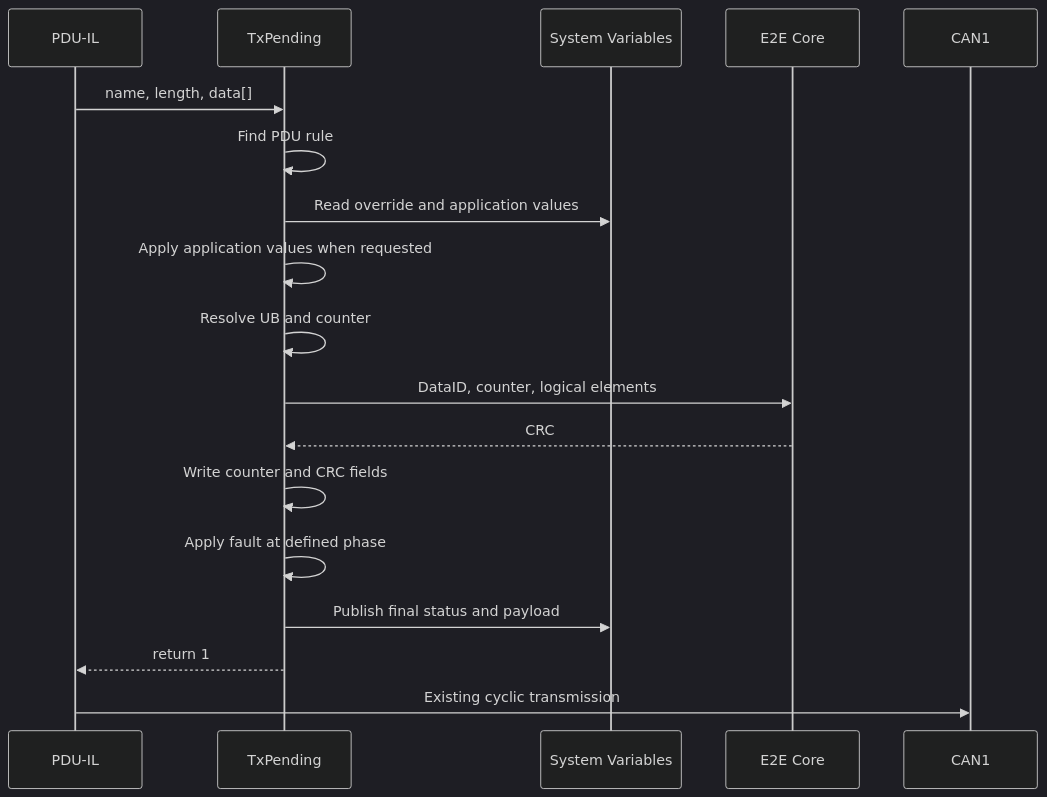
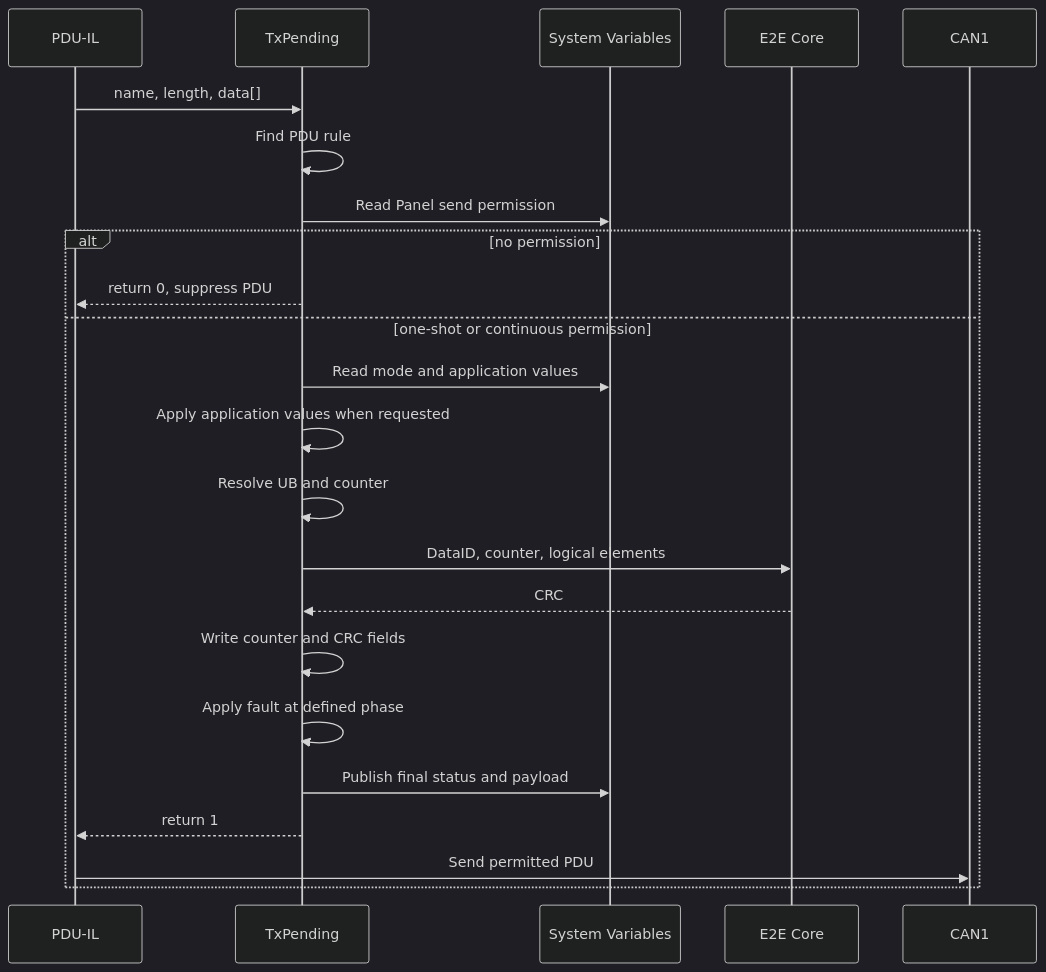
One commit to wuzeyu1204/GEEA3.5_SRS3_CANoe12.0 changed the second of 2 diagrams in Docs/E2E_Engineering_Design.md. Above: the diagram before and after it, drawn with Mermaid (dark theme). The commit also changed other lines of this file and 49 other files, not shown here.

````diff
--- a/Docs/E2E_Engineering_Design.md
+++ b/Docs/E2E_Engineering_Design.md
@@ -169,20 +178,25 @@
 ```mermaid
 sequenceDiagram
     participant IL as PDU-IL
     participant Hook as TxPending
     participant SV as System Variables
     participant Core as E2E Core
     participant Bus as CAN1
     IL->>Hook: name, length, data[]
     Hook->>Hook: Find PDU rule
-    Hook->>SV: Read override and application values
+    Hook->>SV: Read Panel send permission
+    alt no permission
+        Hook-->>IL: return 0, suppress PDU
+    else one-shot or continuous permission
+    Hook->>SV: Read mode and application values
     Hook->>Hook: Apply application values when requested
     Hook->>Hook: Resolve UB and counter
     Hook->>Core: DataID, counter, logical elements
     Core-->>Hook: CRC
     Hook->>Hook: Write counter and CRC fields
     Hook->>Hook: Apply fault at defined phase
     Hook->>SV: Publish final status and payload
     Hook-->>IL: return 1
-    IL->>Bus: Existing cyclic transmission
+    IL->>Bus: Send permitted PDU
+    end
 ```
````
